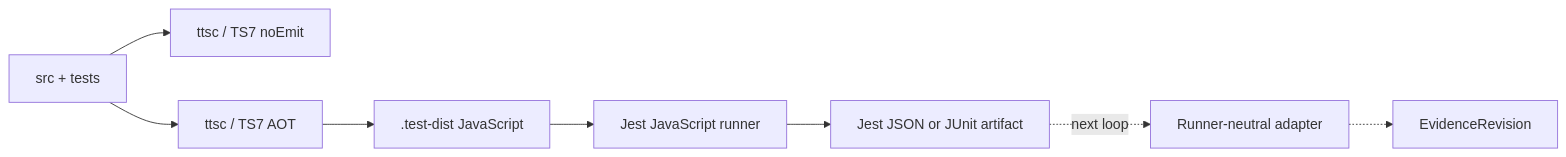
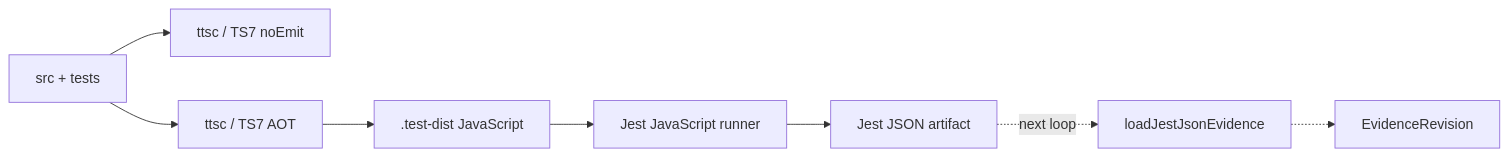
The diagram in managed/workflows/ts7-test-compilation-lane.md (mineclover/tsdoc-edge), drawn with Mermaid before and after one commit. The commit also changed other lines of this file and 6 other files, not shown here.

Commit message:
docs(governance): align P4 roadmap and runtime policy

````diff
--- a/managed/workflows/ts7-test-compilation-lane.md
+++ b/managed/workflows/ts7-test-compilation-lane.md
@@ -91,10 +89,10 @@
 ```mermaid
 flowchart LR
     SOURCE["src + tests"] --> TYPECHECK["ttsc / TS7 noEmit"]
     SOURCE --> COMPILE["ttsc / TS7 AOT"]
     COMPILE --> DIST[".test-dist JavaScript"]
     DIST --> JEST["Jest JavaScript runner"]
-    JEST --> RESULT["Jest JSON or JUnit artifact"]
-    RESULT -. "next loop" .-> ADAPTER["Runner-neutral adapter"]
+    JEST --> RESULT["Jest JSON artifact"]
+    RESULT -. "next loop" .-> ADAPTER["loadJestJsonEvidence"]
     ADAPTER -.-> EVIDENCE["EvidenceRevision"]
 ```
````
